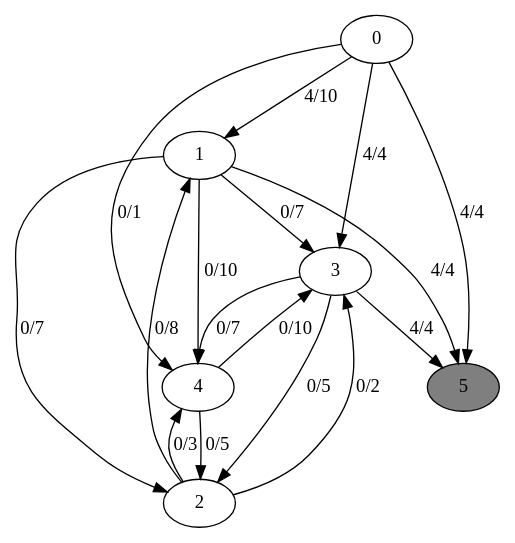
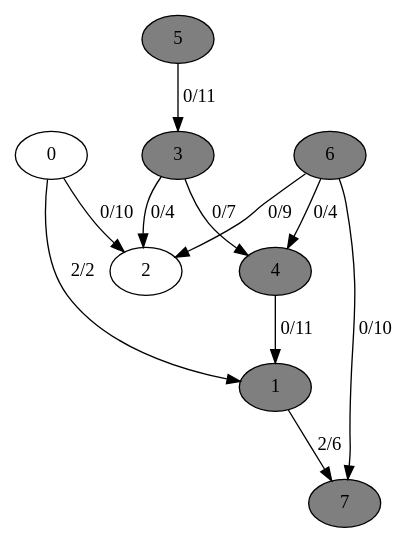
Before and after one commit to vnce100/Metamorph: the diagram in res/testFlow/test6.dot, drawn with Graphviz. The commit also changed 401 other files, not shown here.

```diff
--- a/res/testFlow/test6.dot
+++ b/res/testFlow/test6.dot
@@ -1,24 +1,20 @@
 digraph G {
 	0[style=filled fillcolor=grey100];
-	0->1[label ="4/10"] ;
-	0->3[label ="4/4"] ;
-	0->4[label ="0/1"] ;
-	0->5[label ="4/4"] ;
-	1[style=filled fillcolor=grey100];
-	1->2[label ="0/7"] ;
-	1->3[label ="0/7"] ;
-	1->4[label ="0/10"] ;
-	1->5[label ="4/4"] ;
+	0->1[label ="2/2"] ;
+	0->2[label ="0/10"] ;
+	1[style=filled fillcolor=grey50];
+	1->7[label ="2/6"] ;
 	2[style=filled fillcolor=grey100];
-	2->1[label ="0/8"] ;
-	2->3[label ="0/2"] ;
-	2->4[label ="0/3"] ;
-	3[style=filled fillcolor=grey100];
-	3->2[label ="0/5"] ;
+	3[style=filled fillcolor=grey50];
+	3->2[label ="0/4"] ;
 	3->4[label ="0/7"] ;
-	3->5[label ="4/4"] ;
-	4[style=filled fillcolor=grey100];
-	4->2[label ="0/5"] ;
-	4->3[label ="0/10"] ;
+	4[style=filled fillcolor=grey50];
+	4->1[label ="0/11"] ;
 	5[style=filled fillcolor=grey50];
+	5->3[label ="0/11"] ;
+	6[style=filled fillcolor=grey50];
+	6->2[label ="0/9"] ;
+	6->4[label ="0/4"] ;
+	6->7[label ="0/10"] ;
+	7[style=filled fillcolor=grey50];
 }
```
